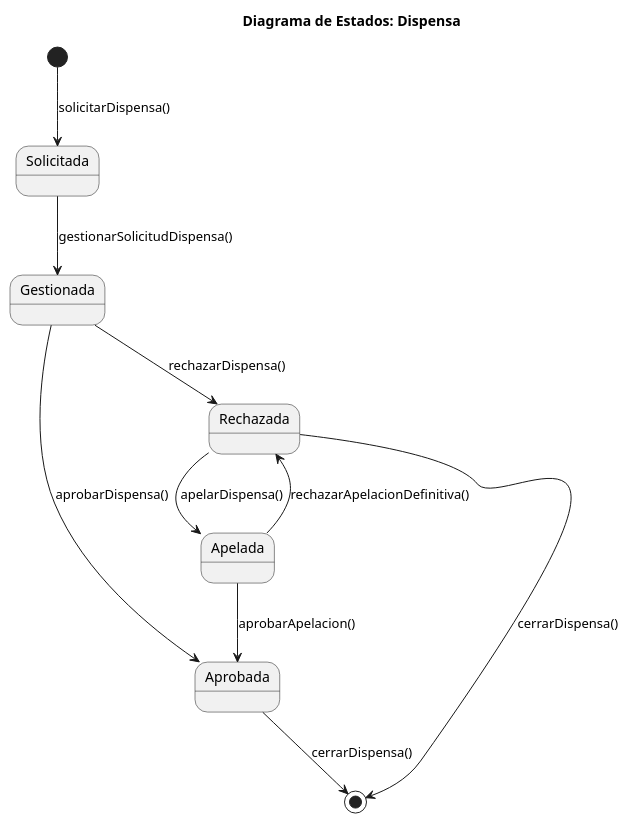
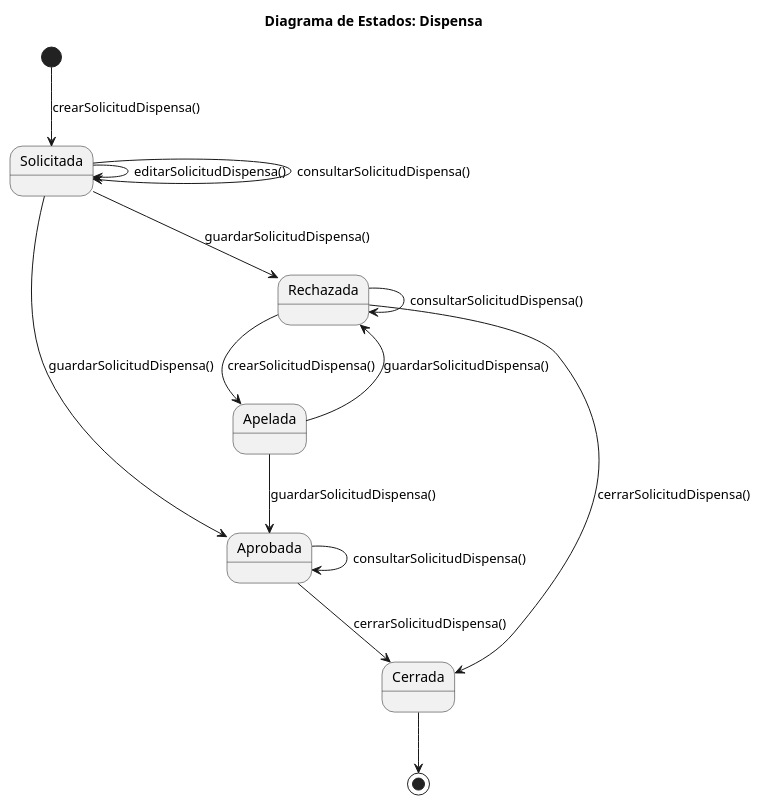
The diagram in documents/ModeloDelDominio/DiagramasDeEstado/Dispensas/Dispensas.puml (enmabry/25-26-IdSw1-SdR), drawn with PlantUML before and after one commit. The commit also changed 22 other files, not shown here.

```diff
--- a/documents/ModeloDelDominio/DiagramasDeEstado/Dispensas/Dispensas.puml
+++ b/documents/ModeloDelDominio/DiagramasDeEstado/Dispensas/Dispensas.puml
@@ -1,24 +1,24 @@
 @startuml Dispensas_Estado
+skinparam style strictuml
 title Diagrama de Estados: Dispensa
 
-state Solicitada
-state Gestionada
-state Aprobada
-state Rechazada
-state Apelada
+[*] --> Solicitada : crearSolicitudDispensa()
 
-[*] --> Solicitada           : solicitarDispensa()
+Solicitada --> Solicitada : editarSolicitudDispensa()
+Solicitada --> Solicitada : consultarSolicitudDispensa()
 
-Solicitada --> Gestionada    : gestionarSolicitudDispensa()
-Gestionada --> Aprobada      : aprobarDispensa()
-Gestionada --> Rechazada     : rechazarDispensa()
+Solicitada --> Aprobada : guardarSolicitudDispensa()
+Solicitada --> Rechazada : guardarSolicitudDispensa()
 
-Rechazada --> Apelada        : apelarDispensa()
+Aprobada --> Aprobada : consultarSolicitudDispensa()
+Aprobada --> Cerrada : cerrarSolicitudDispensa()
 
-Apelada --> Aprobada         : aprobarApelacion()
-Apelada --> Rechazada        : rechazarApelacionDefinitiva()
+Rechazada --> Rechazada : consultarSolicitudDispensa()
+Rechazada --> Apelada : crearSolicitudDispensa()
+Rechazada --> Cerrada : cerrarSolicitudDispensa()
 
-Aprobada --> [*]             : cerrarDispensa()
-Rechazada --> [*]            : cerrarDispensa()
+Apelada --> Aprobada : guardarSolicitudDispensa()
+Apelada --> Rechazada : guardarSolicitudDispensa()
 
+Cerrada --> [*]
 @enduml
```
